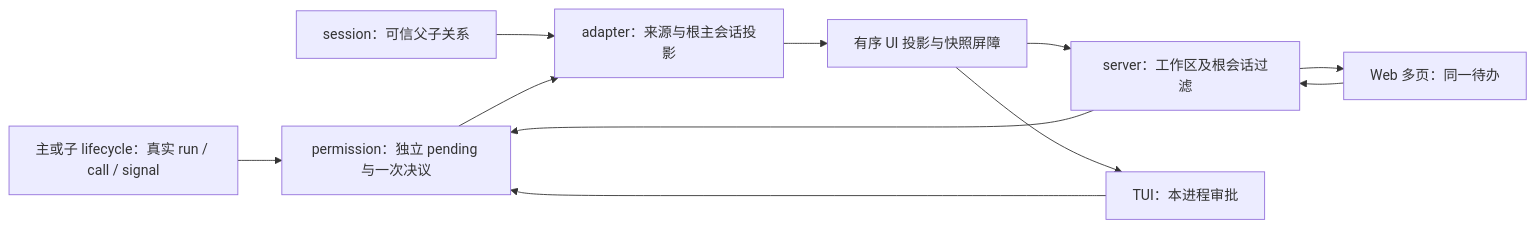
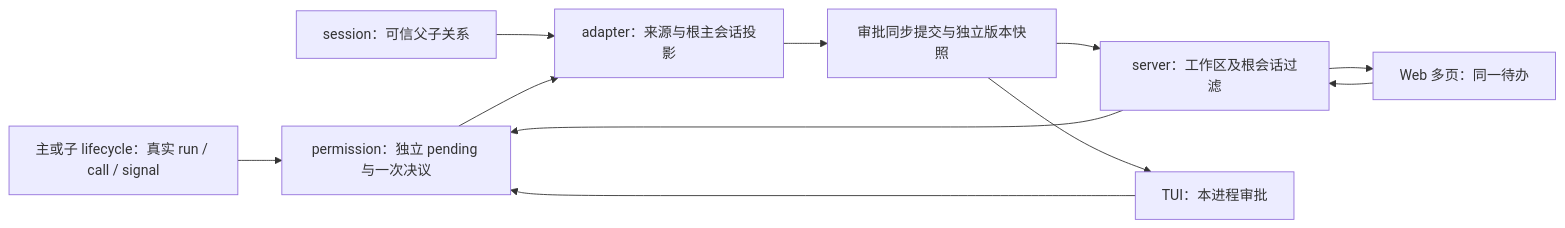
One commit to diverHansun/ohbaby-agent changed the first of 2 diagrams in docs/problem-lists/2026-09-19-execution-reliability/improve-1/02-optimization-plan-and-change-scope.md. Above: the diagram before and after it, drawn with Mermaid. The commit also changed other lines of this file and 15 other files, not shown here.

````diff
--- a/docs/problem-lists/2026-09-19-execution-reliability/improve-1/02-optimization-plan-and-change-scope.md
+++ b/docs/problem-lists/2026-09-19-execution-reliability/improve-1/02-optimization-plan-and-change-scope.md
@@ -7,13 +9,13 @@
 ```mermaid
 flowchart LR
   L[主或子 lifecycle：真实 run / call / signal] --> P[permission：独立 pending 与一次决议]
   S[session：可信父子关系] --> A[adapter：来源与根主会话投影]
   P --> A
-  A --> V[有序 UI 投影与快照屏障]
+  A --> V[审批同步提交与独立版本快照]
   V --> H[server：工作区及根会话过滤]
   H --> W[Web 多页：同一待办]
   V --> T[TUI：本进程审批]
   W --> H
   H --> P
   T --> P
 ```
````
